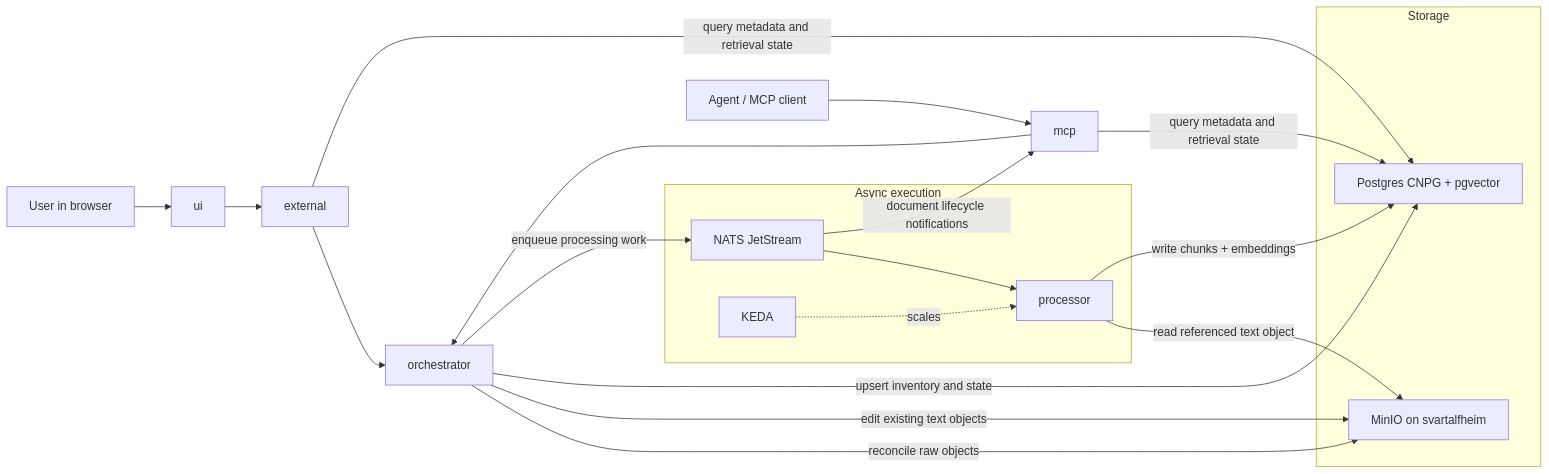
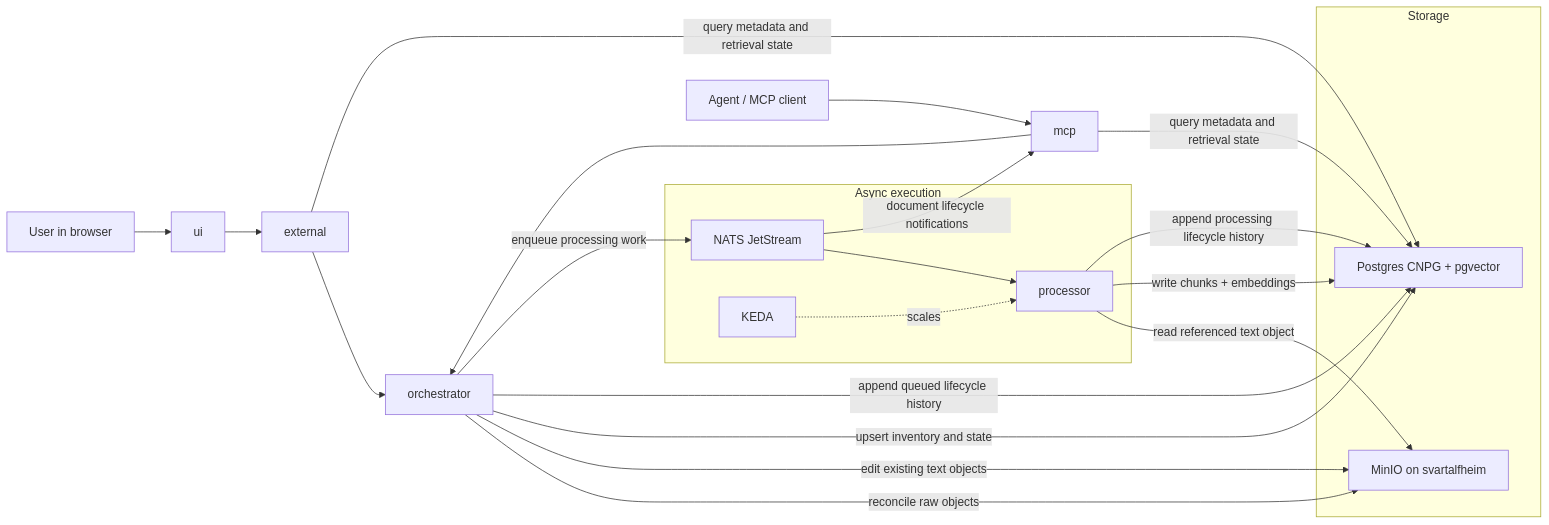
One commit to labiraus/homelab changed the diagram in docs/RAG.md. Above: the diagram before and after it, drawn with Mermaid. The commit also changed other lines of this file and 23 other files, not shown here.

First line of the commit message:
feat: add durable document lifecycle history tracking

````diff
--- a/docs/RAG.md
+++ b/docs/RAG.md
@@ -32,33 +34,35 @@
 ```mermaid
 flowchart LR
   U[User in browser] --> UI[ui]
   UI --> EXT[external]
   A[Agent / MCP client] --> MCP[mcp]
 
   EXT --> ORCH[orchestrator]
   MCP --> ORCH
 
   subgraph Storage
     MINIO[MinIO on svartalfheim]
     PG[Postgres CNPG + pgvector]
   end
 
   subgraph Async execution
     NATS[NATS JetStream]
     PROC[processor]
     KEDA[KEDA]
   end
 
   ORCH -->|reconcile raw objects| MINIO
   ORCH -->|edit existing text objects| MINIO
   ORCH -->|upsert inventory and state| PG
+  ORCH -->|append queued lifecycle history| PG
   ORCH -->|enqueue processing work| NATS
   NATS --> PROC
   NATS -->|document lifecycle notifications| MCP
   KEDA -. scales .-> PROC
   PROC -->|read referenced text object| MINIO
   PROC -->|write chunks + embeddings| PG
+  PROC -->|append processing lifecycle history| PG
 
   EXT -->|query metadata and retrieval state| PG
   MCP -->|query metadata and retrieval state| PG
 ```
````
